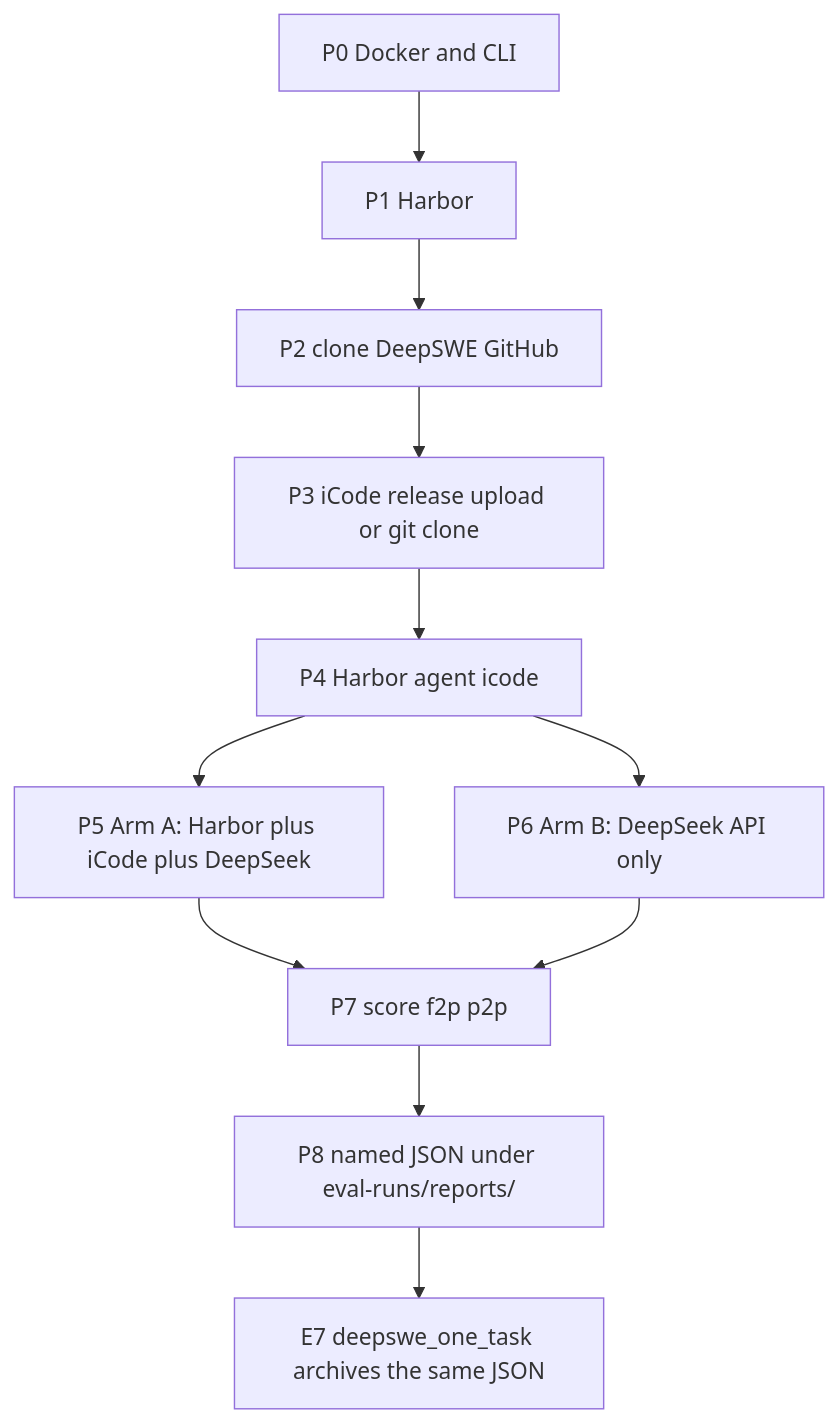
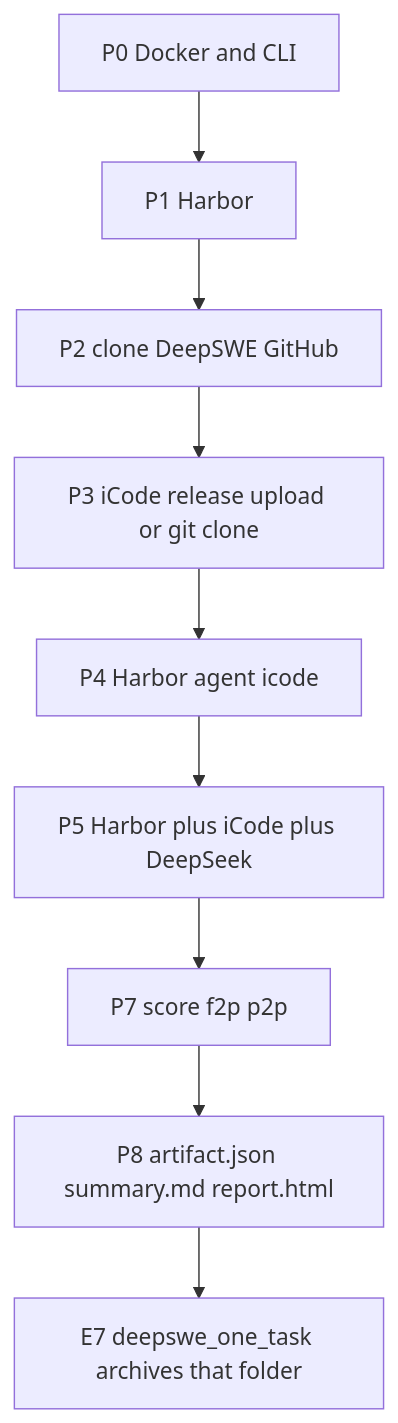
One commit to Toby-Yu/mac-k3d changed the second of 2 diagrams in docs/testing/cloud-eval-runbook.md. Above: the diagram before and after it, drawn with Mermaid. The commit also changed other lines of this file and 50 other files, not shown here.

````diff
--- a/docs/testing/cloud-eval-runbook.md
+++ b/docs/testing/cloud-eval-runbook.md
@@ -54,20 +54,17 @@
 ```mermaid
 flowchart TD
   p0["P0 Docker and CLI"]
   p1["P1 Harbor"]
   p2["P2 clone DeepSWE GitHub"]
   p3["P3 iCode release upload or git clone"]
   p4["P4 Harbor agent icode"]
-  p5["P5 Arm A: Harbor plus iCode plus DeepSeek"]
-  p6["P6 Arm B: DeepSeek API only"]
+  p5["P5 Harbor plus iCode plus DeepSeek"]
   p7["P7 score f2p p2p"]
-  p8["P8 named JSON under eval-runs/reports/"]
-  jenkins["E7 deepswe_one_task archives the same JSON"]
+  p8["P8 artifact.json summary.md report.html"]
+  jenkins["E7 deepswe_one_task archives that folder"]
 
   p0 --> p1 --> p2 --> p3 --> p4
   p4 --> p5
-  p4 --> p6
   p5 --> p7
-  p6 --> p7
   p7 --> p8 --> jenkins
 ```
````
